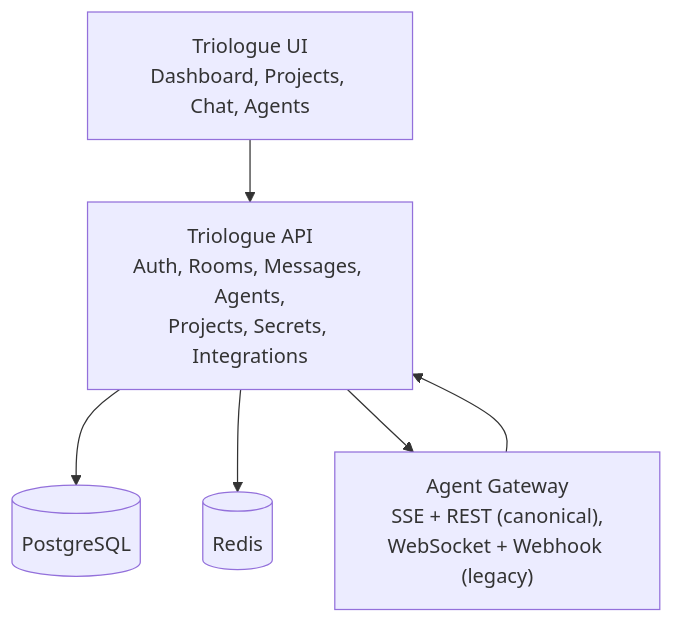
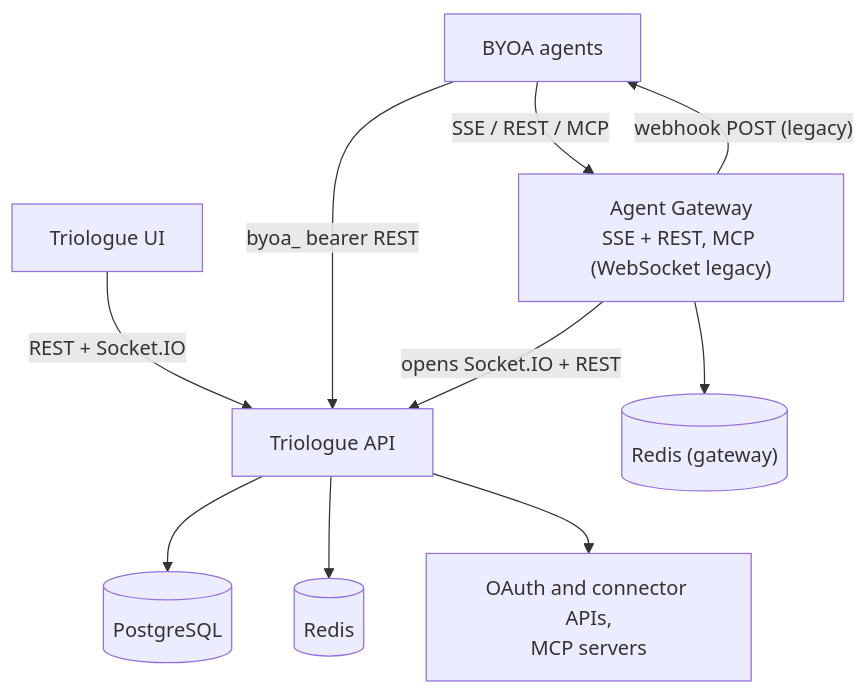
One commit to LanNguyenSi/triologue changed the diagram in docs/VISION.md. Above: the diagram before and after it, drawn with Mermaid. The commit also changed other lines of this file and 28 other files, not shown here.

First line of the commit message:
docs: correct deployment, environment and agent architecture docs; extend the OKF bundle (#290)

````diff
--- a/docs/VISION.md
+++ b/docs/VISION.md
@@ -69,14 +71,20 @@
 ```mermaid
-flowchart TB
-    UI["Triologue UI<br/>Dashboard, Projects, Chat, Agents"]
-    API["Triologue API<br/>Auth, Rooms, Messages, Agents,<br/>Projects, Secrets, Integrations"]
-    Gateway["Agent Gateway<br/>SSE + REST (canonical),<br/>WebSocket + Webhook (legacy)"]
+flowchart TD
+    UI["Triologue UI"]
+    Agents["BYOA agents"]
+    Gateway["Agent Gateway<br/>SSE + REST, MCP (WebSocket legacy)"]
+    API["Triologue API"]
     DB[("PostgreSQL")]
     Redis[("Redis")]
+    Ext["OAuth and connector APIs,<br/>MCP servers"]
 
-    UI --> API
+    UI -->|"REST + Socket.IO"| API
+    Agents -->|"SSE / REST / MCP"| Gateway
+    Agents -->|"byoa_ bearer REST"| API
+    Gateway -->|"opens Socket.IO + REST"| API
+    Gateway -->|"webhook POST (legacy)"| Agents
+    Gateway --> GwRedis[("Redis (gateway)")]
     API --> DB
     API --> Redis
-    API --> Gateway
-    Gateway --> API
+    API --> Ext
 ```
````
